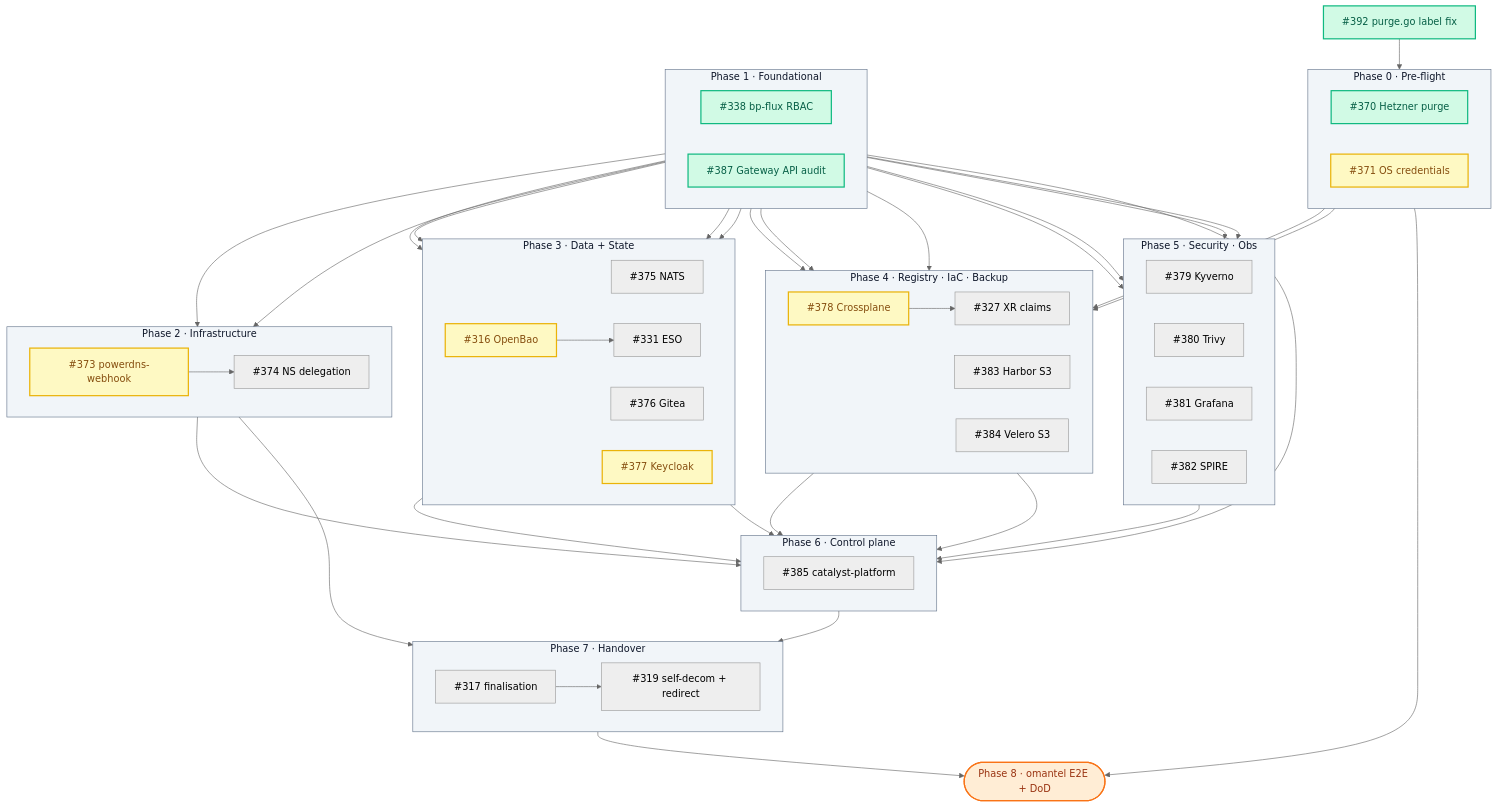
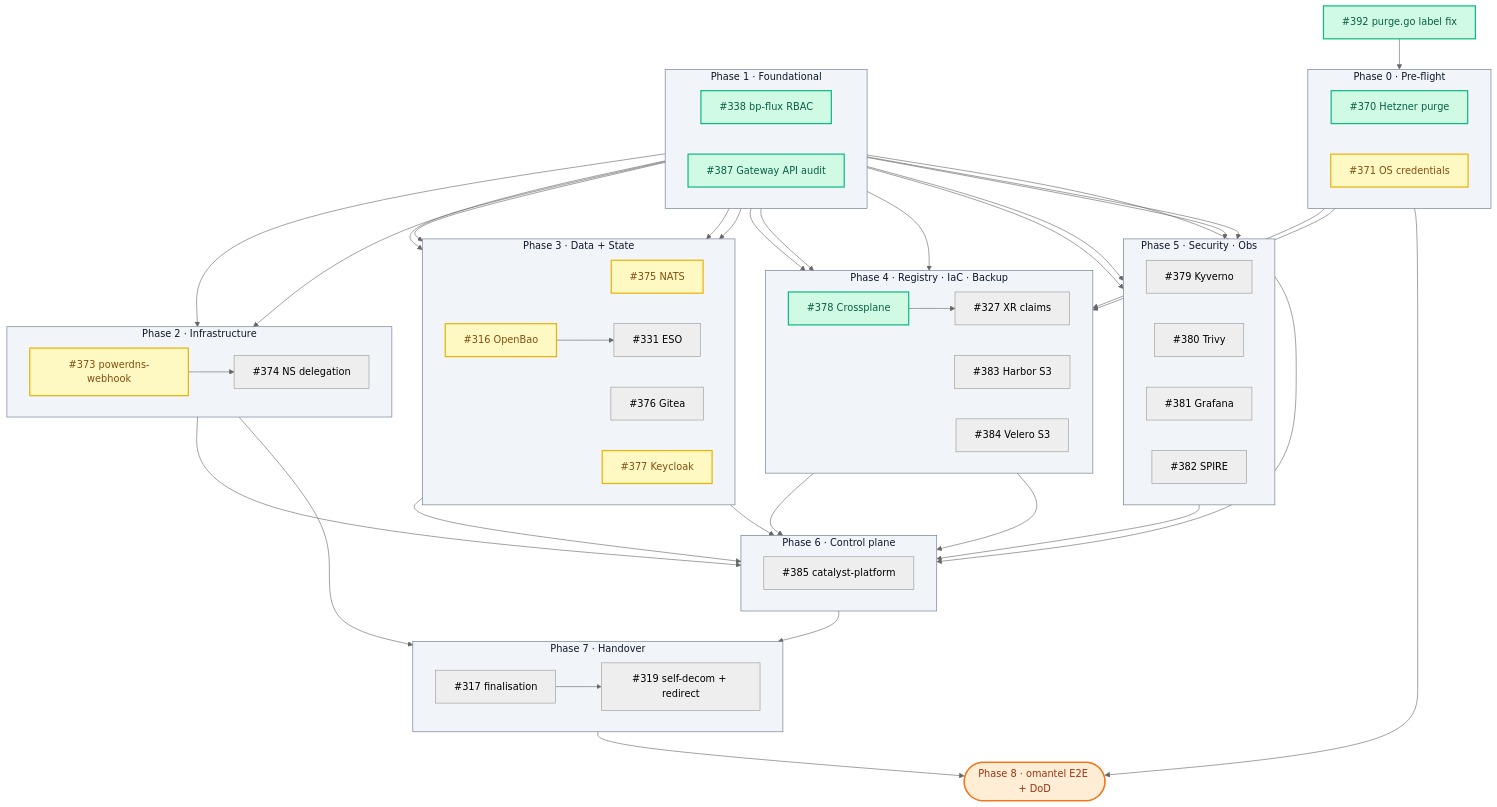
The diagram in docs/omantel-handover-wbs.md (openova-io/openova), drawn with Mermaid (neutral theme) before and after one commit. The commit also changed other lines of this file, not shown here.

First line of the commit message:
docs(wbs): tick 5 — #378 ✅ done, #375 dispatched, dedupe §9

```diff
--- a/docs/omantel-handover-wbs.md
+++ b/docs/omantel-handover-wbs.md
@@ -169,8 +169,8 @@
     T392 --> T370
 
     class PH0,PH1,PH2,PH3,PH4,PH5,PH6,PH7 phase
-    class T338,T370,T387,T392 done
-    class T371,T373,T316,T377,T378 wip
+    class T338,T370,T378,T387,T392 done
+    class T371,T373,T316,T375,T377 wip
 
     %% Clickable ticket numbers — open the GitHub issue in a new tab
     click T316 "https://github.com/openova-io/openova/issues/316" "Open #316" _blank
```
